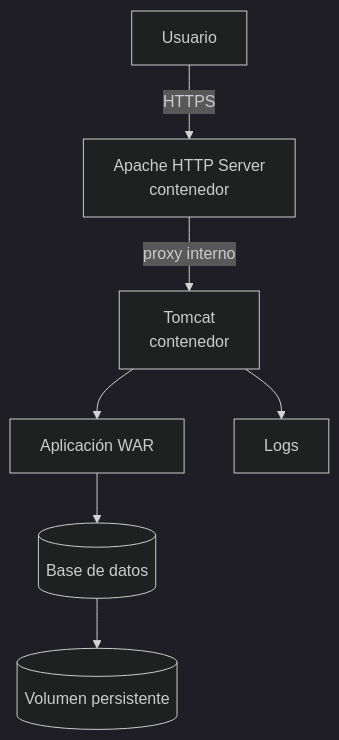
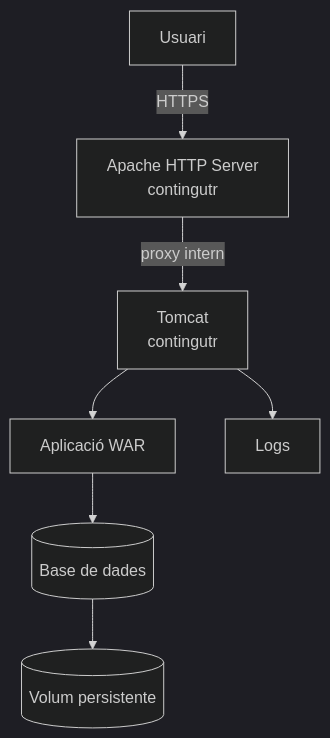
Diagram 11 of 12 in docs/daw-daw/up3/09-virtualizacion-contenedores-nube.md (jordicido/jordicina), drawn with Mermaid (dark theme) before and after one commit. The commit also changed other lines of this file and 10 other files, not shown here.

````diff
--- a/docs/daw-daw/up3/09-virtualizacion-contenedores-nube.md
+++ b/docs/daw-daw/up3/09-virtualizacion-contenedores-nube.md
@@ -542,9 +542,9 @@
 ```mermaid
 flowchart TD
-    U["Usuario"] -->|"HTTPS"| A["Apache HTTP Server<br/>contenedor"]
-    A -->|"proxy interno"| T["Tomcat<br/>contenedor"]
-    T --> APP["Aplicación WAR"]
-    APP --> DB[("Base de datos")]
+    U["Usuari"] -->|"HTTPS"| A["Apache HTTP Server<br/>contingutr"]
+    A -->|"proxy intern"| T["Tomcat<br/>contingutr"]
+    T --> APP["Aplicació WAR"]
+    APP --> DB[("Base de dades")]
     T --> LOG["Logs"]
-    DB --> VOL[("Volumen persistente")]
+    DB --> VOL[("Volum persistente")]
 ```
````
